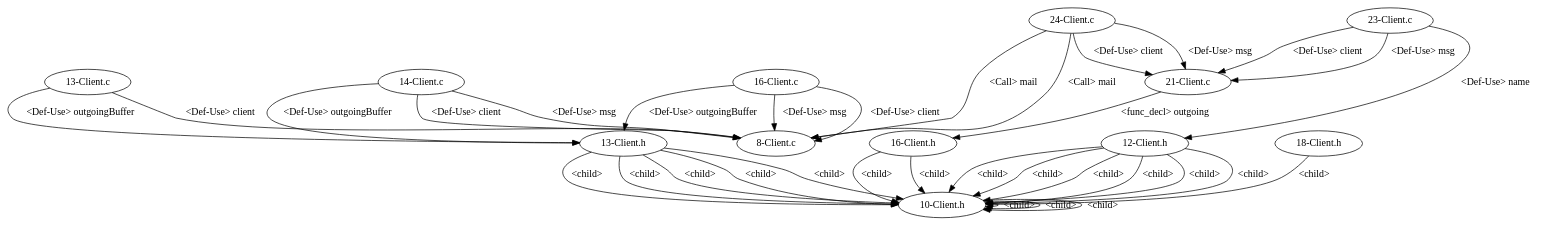
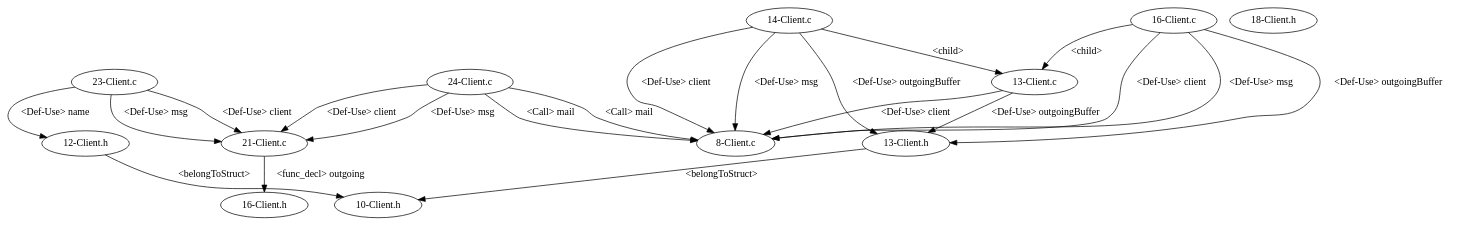
Before and after one commit to shuiblue/JDimeForCpp: the diagram in testcpp/dependencyGraph/EmailSystem/test_11/graph.gv, drawn with Graphviz. The commit also changed 10 other files, not shown here.

```diff
--- a/testcpp/dependencyGraph/EmailSystem/test_11/graph.gv
+++ b/testcpp/dependencyGraph/EmailSystem/test_11/graph.gv
@@ -1,47 +1,34 @@
 digraph {
-10 [label = "8-Client.c"];
-11 [label = "13-Client.c"];
-11 -> 10[label="<Def-Use> client"];
-12 [label = "14-Client.c"];
-12 -> 10[label="<Def-Use> client"];
-12 -> 10[label="<Def-Use> msg"];
-13 [label = "16-Client.c"];
-13 -> 10[label="<Def-Use> client"];
-13 -> 10[label="<Def-Use> msg"];
-14 [label = "21-Client.c"];
-15 [label = "23-Client.c"];
-15 -> 14[label="<Def-Use> msg"];
-15 -> 14[label="<Def-Use> client"];
-16 [label = "24-Client.c"];
-16 -> 10[label="<Call> mail"];
-16 -> 14[label="<Def-Use> client"];
-16 -> 14[label="<Def-Use> msg"];
-17 [label = "10-Client.h"];
-18 [label = "12-Client.h"];
-18 -> 17[label="<child>"];
-19 [label = "13-Client.h"];
-18 -> 17[label="<child>"];
-19 -> 17[label="<child>"];
-18 -> 17[label="<child>"];
-19 -> 17[label="<child>"];
-18 -> 17[label="<child>"];
-17 -> 17[label="<child>"];
-19 -> 17[label="<child>"];
-20 [label = "16-Client.h"];
-18 -> 17[label="<child>"];
-20 -> 17[label="<child>"];
-17 -> 17[label="<child>"];
-19 -> 17[label="<child>"];
-21 [label = "18-Client.h"];
-18 -> 17[label="<child>"];
-20 -> 17[label="<child>"];
-17 -> 17[label="<child>"];
-19 -> 17[label="<child>"];
-21 -> 17[label="<child>"];
-15 -> 18[label="<Def-Use> name"];
-12 -> 19[label="<Def-Use> outgoingBuffer"];
-13 -> 19[label="<Def-Use> outgoingBuffer"];
-16 -> 10[label="<Call> mail"];
-11 -> 19[label="<Def-Use> outgoingBuffer"];
-14 -> 20[label="<func_decl> outgoing"];
+1 [label = "8-Client.c"];
+2 [label = "13-Client.c"];
+2 -> 1[label="<Def-Use> client"];
+3 [label = "14-Client.c"];
+3 -> 1[label="<Def-Use> client"];
+3 -> 1[label="<Def-Use> msg"];
+3 -> 2[label="<child>"];
+4 [label = "16-Client.c"];
+4 -> 1[label="<Def-Use> client"];
+4 -> 2[label="<child>"];
+4 -> 1[label="<Def-Use> msg"];
+5 [label = "21-Client.c"];
+6 [label = "23-Client.c"];
+6 -> 5[label="<Def-Use> msg"];
+6 -> 5[label="<Def-Use> client"];
+7 [label = "24-Client.c"];
+7 -> 1[label="<Call> mail"];
+7 -> 5[label="<Def-Use> client"];
+7 -> 5[label="<Def-Use> msg"];
+8 [label = "10-Client.h"];
+9 [label = "12-Client.h"];
+10 [label = "13-Client.h"];
+9 -> 8[label="<belongToStruct>"];
+10 -> 8[label="<belongToStruct>"];
+11 [label = "16-Client.h"];
+12 [label = "18-Client.h"];
+6 -> 9[label="<Def-Use> name"];
+3 -> 10[label="<Def-Use> outgoingBuffer"];
+4 -> 10[label="<Def-Use> outgoingBuffer"];
+7 -> 1[label="<Call> mail"];
+2 -> 10[label="<Def-Use> outgoingBuffer"];
+5 -> 11[label="<func_decl> outgoing"];
 }
```
